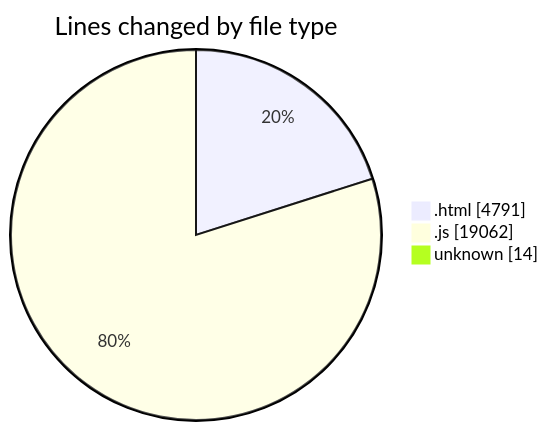
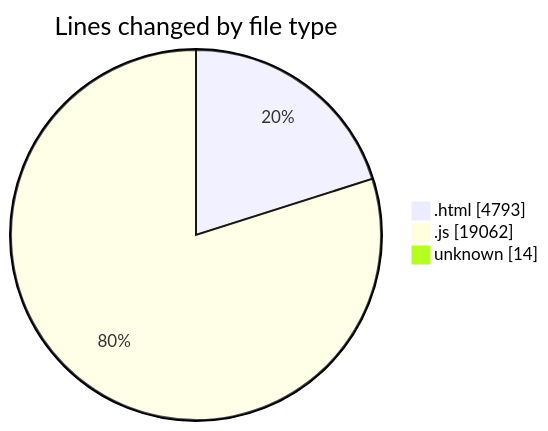
One commit to LanceThiago/code-tracking changed the first of 2 diagrams in 2025-04-24/enre_-_calculadora_de_consumo_v_2022_files/README.md. Above: the diagram before and after it, drawn with Mermaid. The commit also changed other lines of this file and 1 other file, not shown here.

````diff
--- a/2025-04-24/enre_-_calculadora_de_consumo_v_2022_files/README.md
+++ b/2025-04-24/enre_-_calculadora_de_consumo_v_2022_files/README.md
@@ -22,7 +22,7 @@
 ```mermaid
 pie showData
 title Lines changed by file type
-".html" : 4791
+".html" : 4793
 ".js" : 19062
 "unknown" : 14
 ```
````
